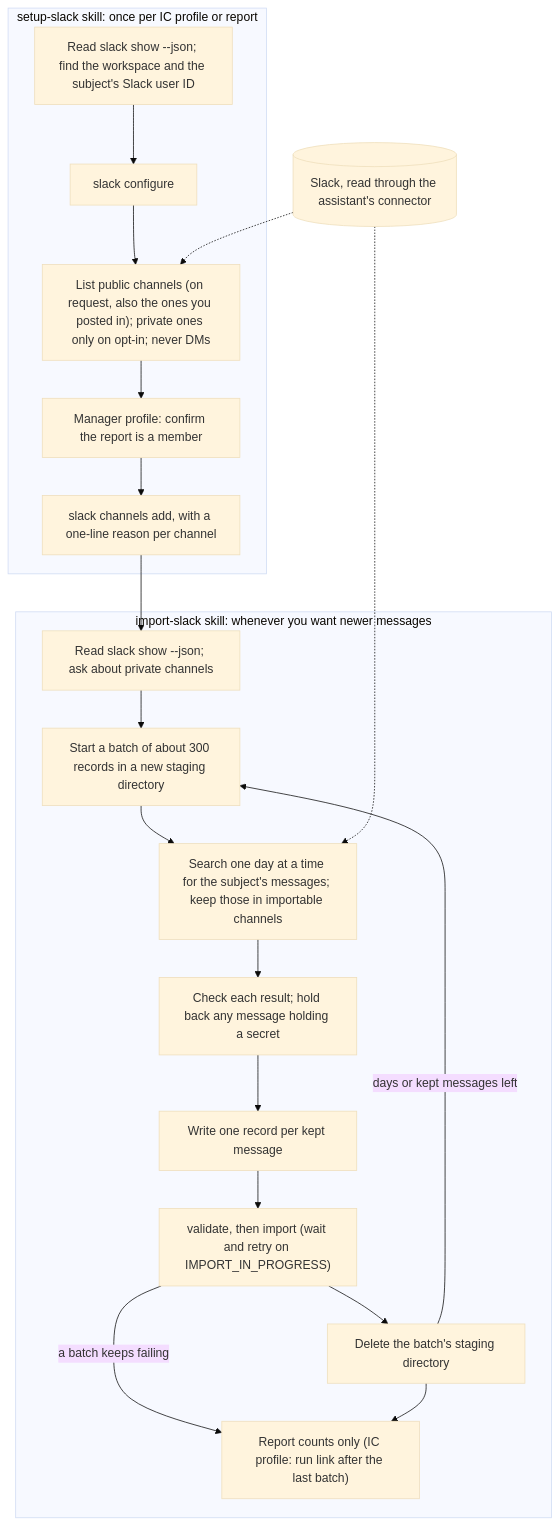
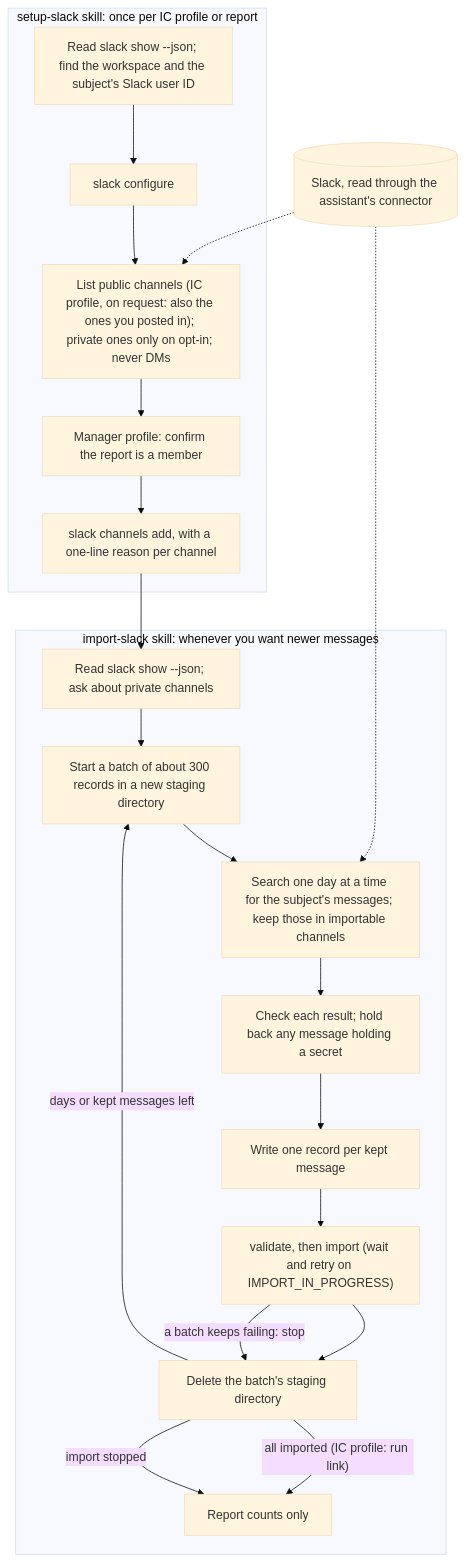
Before and after one commit to tkstang/work-chronicler: the diagram in documentation/docs/workflows/import-slack.md, drawn with Mermaid (base theme). The commit also changed 2 other files, not shown here.

Commit message:
docs: correct the Slack, manager-layout and import diagrams
Oat-Operation: 914dea4322df5a3988b80766b38eb8ae6b0cd369782466d269410f637e1f3a43

````diff
--- a/documentation/docs/workflows/import-slack.md
+++ b/documentation/docs/workflows/import-slack.md
@@ -15,25 +15,26 @@
 ```mermaid
 flowchart TD
   accTitle: Slack import workflow
-  accDescr: The setup skill records the workspace, the subject's user ID and the chosen channels with the slack commands. The import skill reads slack show, then works in batches of a few hundred records, each in a new staging directory: it searches day by day, holds back secrets, writes records, runs validate and import, and deletes the directory, until every kept message is imported.
+  accDescr: The setup skill records the workspace, the subject's user ID and the chosen channels with the slack commands. The import skill reads slack show, then works in batches of a few hundred records, each in a new staging directory: it searches day by day, holds back secrets, writes records, runs validate and import, and deletes the directory, until every kept message is imported or a batch keeps failing. An IC profile runs link after a complete import.
   subgraph SETUP["setup-slack skill: once per IC profile or report"]
     A1["Read slack show --json; find the workspace and the subject's Slack user ID"] --> A2["slack configure"]
-    A2 --> A3["List public channels (on request, also the ones you posted in); private ones only on opt-in; never DMs"]
+    A2 --> A3["List public channels (IC profile, on request: also the ones you posted in); private ones only on opt-in; never DMs"]
     A3 --> A4["Manager profile: confirm the report is a member"]
     A4 --> A5["slack channels add, with a one-line reason per channel"]
   end
   subgraph IMPORT["import-slack skill: whenever you want newer messages"]
     B1["Read slack show --json; ask about private channels"] --> B2["Start a batch of about 300 records in a new staging directory"]
     B2 --> B3["Search one day at a time for the subject's messages; keep those in importable channels"]
     B3 --> B4["Check each result; hold back any message holding a secret"]
     B4 --> B5["Write one record per kept message"]
     B5 --> B6["validate, then import (wait and retry on IMPORT_IN_PROGRESS)"]
     B6 --> B7["Delete the batch's staging directory"]
+    B6 -->|"a batch keeps failing: stop"| B7
     B7 -->|"days or kept messages left"| B2
-    B6 -->|"a batch keeps failing"| B8
-    B7 --> B8["Report counts only (IC profile: run link after the last batch)"]
+    B7 -->|"all imported (IC profile: run link)"| B8["Report counts only"]
+    B7 -->|"import stopped"| B8
   end
   A5 --> B1
   SL[("Slack, read through the assistant's connector")] -.-> A3
   SL -.-> B3
 ```
````
